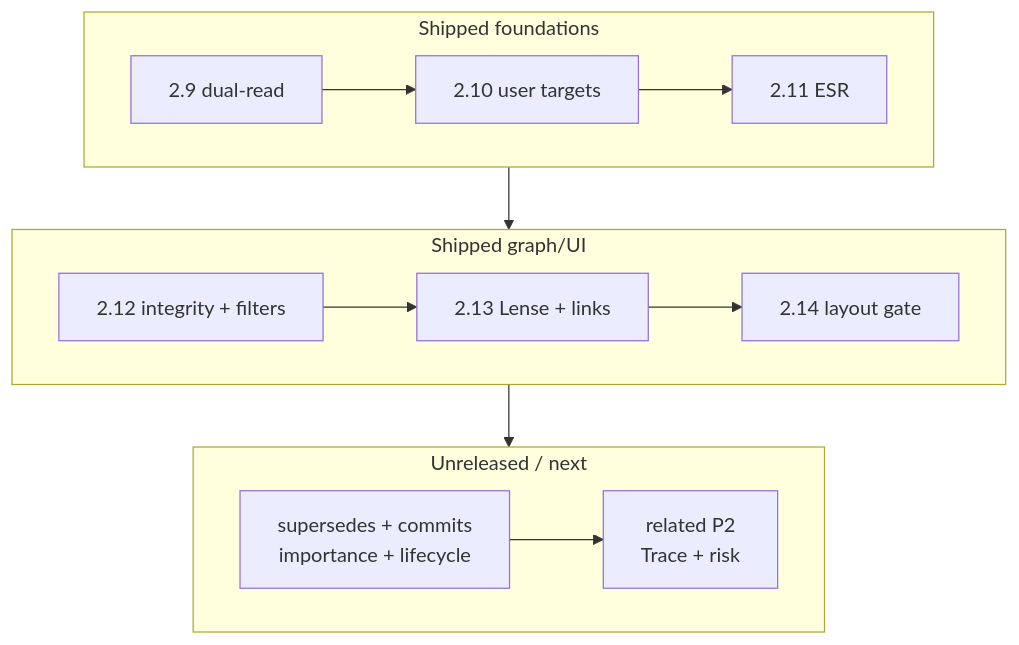
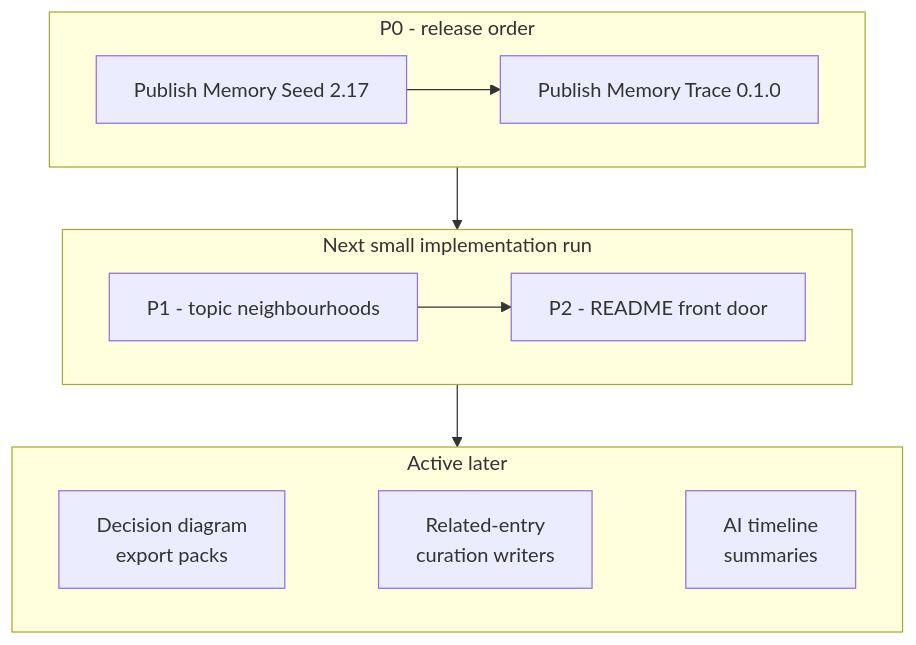
Diagram 23 of 23 in docs/3_Spec/functionality-audit.md (jnl-tshi/memory-seed), drawn with Mermaid before and after one commit. The commit also changed other lines of this file and 10 other files, not shown here.

````diff
--- a/docs/3_Spec/functionality-audit.md
+++ b/docs/3_Spec/functionality-audit.md
@@ -504,21 +1049,23 @@
 ```mermaid
 graph TD
-  subgraph ShippedA["Shipped foundations"]
+  subgraph ReleaseTier["P0 - release order"]
     direction LR
-    V29["2.9 dual-read"] --> V210["2.10 user targets"] --> V211["2.11 ESR"]
+    CORE["Publish Memory Seed 2.17"] --> TRACE["Publish Memory Trace 0.1.0"]
   end
 
-  subgraph ShippedB["Shipped graph/UI"]
+  subgraph NextTier["Next small implementation run"]
     direction LR
-    V212["2.12 integrity + filters"] --> V213["2.13 Lense + links"] --> V214["2.14 layout gate"]
+    TOPICS["P1 - topic neighbourhoods"] --> README["P2 - README front door"]
   end
 
-  subgraph Next["Unreleased / next"]
+  subgraph LaterTier["Active later"]
     direction LR
-    VNext["supersedes + commits<br>importance + lifecycle"] --> V30["related P2<br>Trace + risk"]
+    DIAGRAMS["Decision diagram<br>export packs"]
+    LINKS["Related-entry<br>curation writers"]
+    SUMMARIES["AI timeline<br>summaries"]
+    DIAGRAMS ~~~ LINKS ~~~ SUMMARIES
   end
 
-  ShippedA --> ShippedB
-  ShippedB --> Next
-
+  ReleaseTier --> NextTier
+  NextTier --> LaterTier
 ```
````
